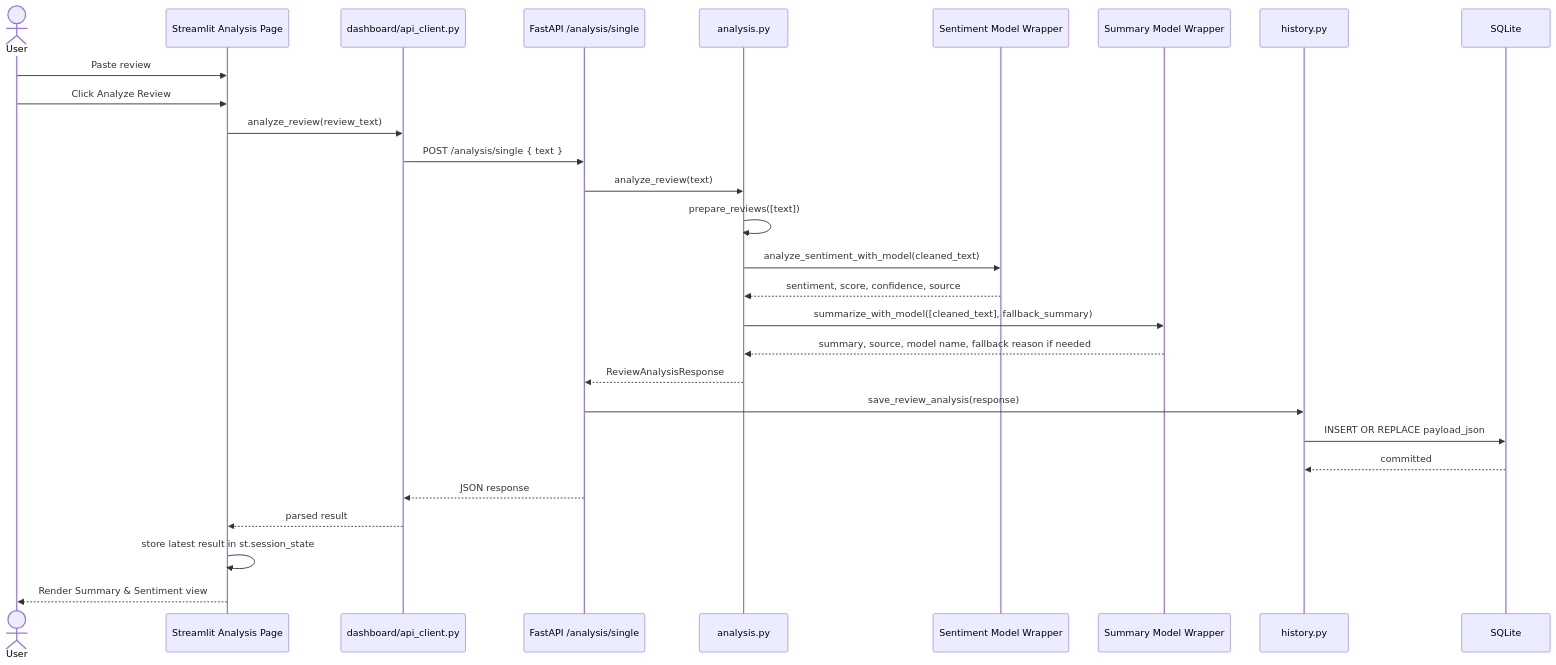
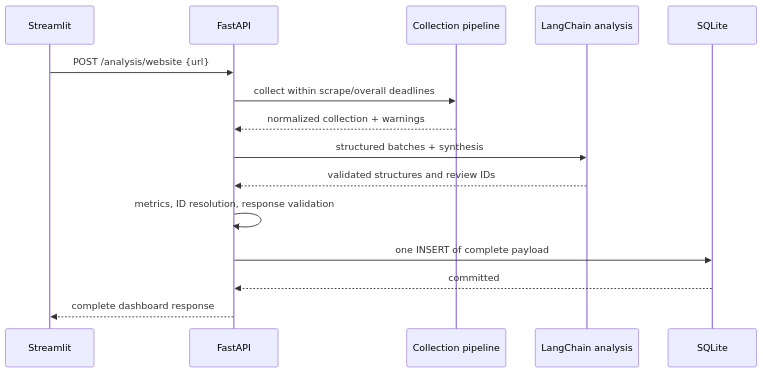
The fifth of 5 diagrams in docs/architecture.md (adiravindra/reviewproject), drawn with Mermaid before and after one commit. The commit also changed other lines of this file and 8 other files, not shown here.

Commit message:
docs: document website review intelligence workflow

````diff
--- a/docs/architecture.md
+++ b/docs/architecture.md
@@ -212,31 +89,18 @@
 ```mermaid
 sequenceDiagram
-    actor User
-    participant UI as Streamlit Analysis Page
-    participant Client as dashboard/api_client.py
-    participant API as FastAPI /analysis/single
-    participant Analyzer as analysis.py
-    participant Sentiment as Sentiment Model Wrapper
-    participant Summary as Summary Model Wrapper
-    participant History as history.py
+    participant Client as Streamlit
+    participant API as FastAPI
+    participant Scrape as Collection pipeline
+    participant Model as LangChain analysis
     participant DB as SQLite
 
-    User->>UI: Paste review
-    User->>UI: Click Analyze Review
-    UI->>Client: analyze_review(review_text)
-    Client->>API: POST /analysis/single { text }
-    API->>Analyzer: analyze_review(text)
-    Analyzer->>Analyzer: prepare_reviews([text])
-    Analyzer->>Sentiment: analyze_sentiment_with_model(cleaned_text)
-    Sentiment-->>Analyzer: sentiment, score, confidence, source
-    Analyzer->>Summary: summarize_with_model([cleaned_text], fallback_summary)
-    Summary-->>Analyzer: summary, source, model name, fallback reason if needed
-    Analyzer-->>API: ReviewAnalysisResponse
-    API->>History: save_review_analysis(response)
-    History->>DB: INSERT OR REPLACE payload_json
-    DB-->>History: committed
-    API-->>Client: JSON response
-    Client-->>UI: parsed result
-    UI->>UI: store latest result in st.session_state
-    UI-->>User: Render Summary & Sentiment view
+    Client->>API: POST /analysis/website {url}
+    API->>Scrape: collect within scrape/overall deadlines
+    Scrape-->>API: normalized collection + warnings
+    API->>Model: structured batches + synthesis
+    Model-->>API: validated structures and review IDs
+    API->>API: metrics, ID resolution, response validation
+    API->>DB: one INSERT of complete payload
+    DB-->>API: committed
+    API-->>Client: complete dashboard response
 ```
````
